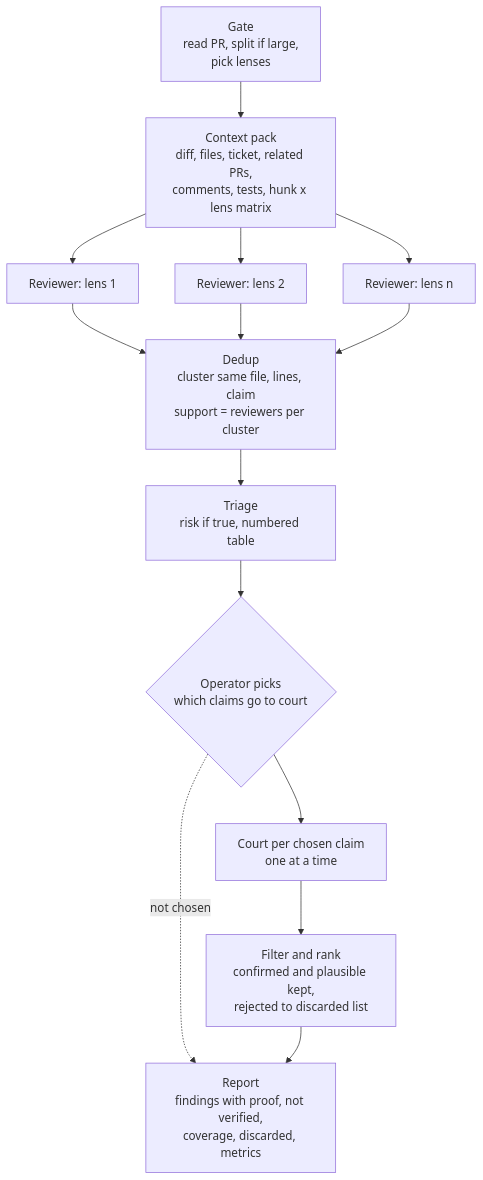
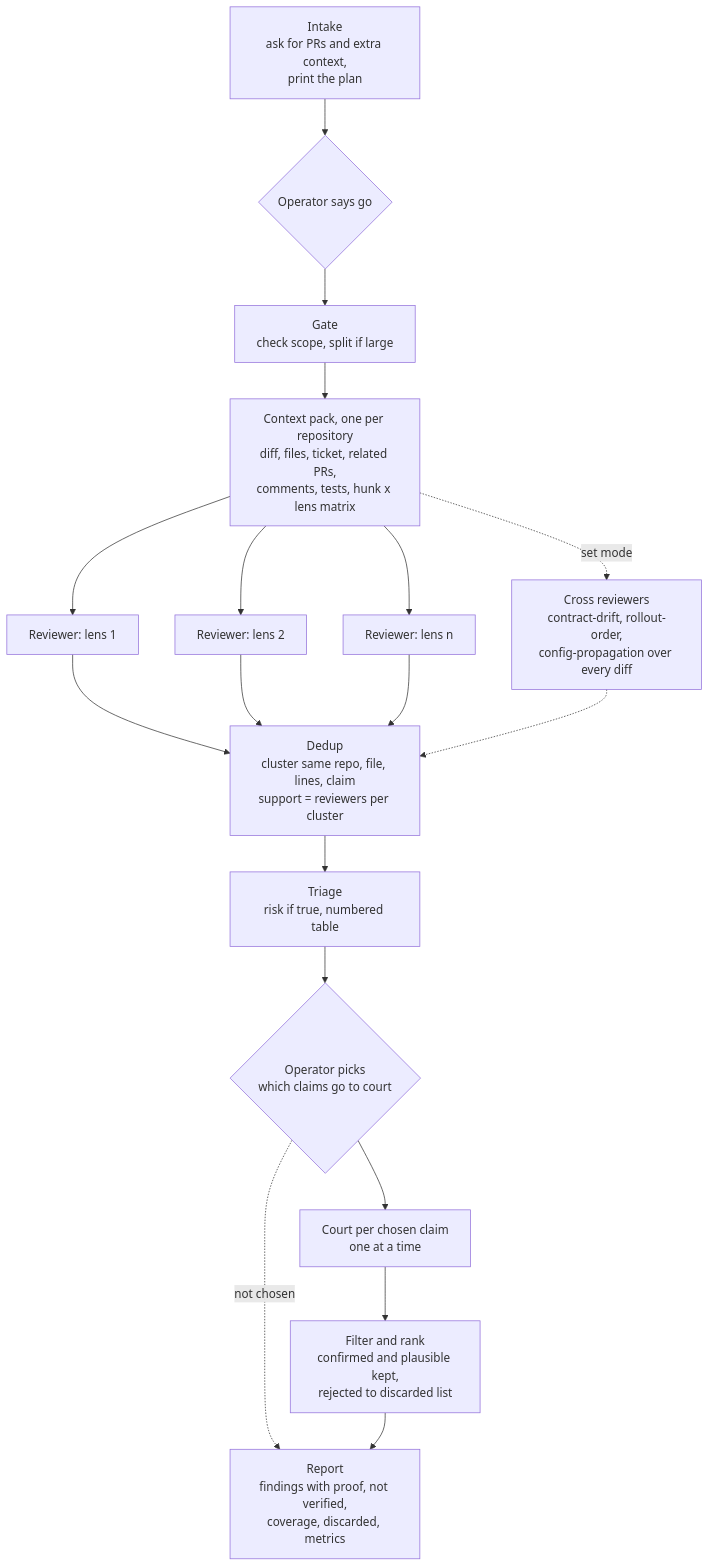
One commit to gowikel/review-ensemble changed the first of 2 diagrams in README.md. Above: the diagram before and after it, drawn with Mermaid. The commit also changed other lines of this file, not shown here.

Commit message:
Update the flowcharts for intake, set mode and the judge-run test

````diff
--- a/README.md
+++ b/README.md
@@ -24,16 +24,20 @@
 ```mermaid
 flowchart TD
-    A[Gate<br/>read PR, split if large,<br/>pick lenses] --> B[Context pack<br/>diff, files, ticket, related PRs,<br/>comments, tests, hunk x lens matrix]
+    I[Intake<br/>ask for PRs and extra context,<br/>print the plan] --> K{Operator says go}
+    K --> A[Gate<br/>check scope, split if large]
+    A --> B[Context pack, one per repository<br/>diff, files, ticket, related PRs,<br/>comments, tests, hunk x lens matrix]
     B --> C1[Reviewer: lens 1]
     B --> C2[Reviewer: lens 2]
     B --> Cn[Reviewer: lens n]
-    C1 --> D[Dedup<br/>cluster same file, lines, claim<br/>support = reviewers per cluster]
+    B -.->|set mode| X[Cross reviewers<br/>contract-drift, rollout-order,<br/>config-propagation over every diff]
+    C1 --> D[Dedup<br/>cluster same repo, file, lines, claim<br/>support = reviewers per cluster]
     C2 --> D
     Cn --> D
+    X -.-> D
     D --> T[Triage<br/>risk if true, numbered table]
     T --> O{Operator picks<br/>which claims go to court}
     O --> E[Court per chosen claim<br/>one at a time]
     O -.->|not chosen| G
     E --> F[Filter and rank<br/>confirmed and plausible kept,<br/>rejected to discarded list]
     F --> G[Report<br/>findings with proof, not verified,<br/>coverage, discarded, metrics]
 ```
````
